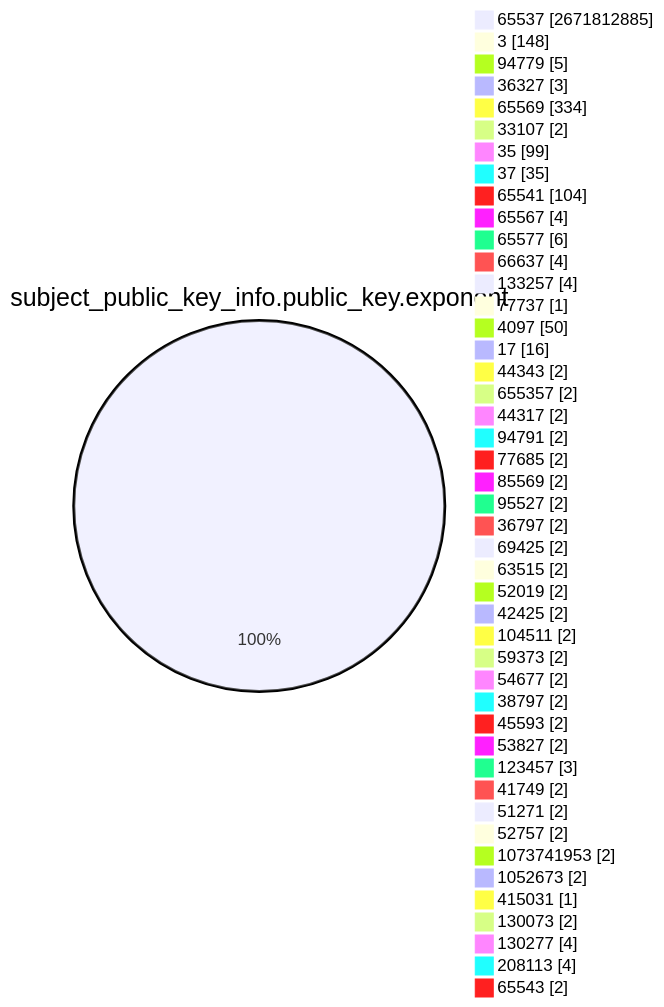
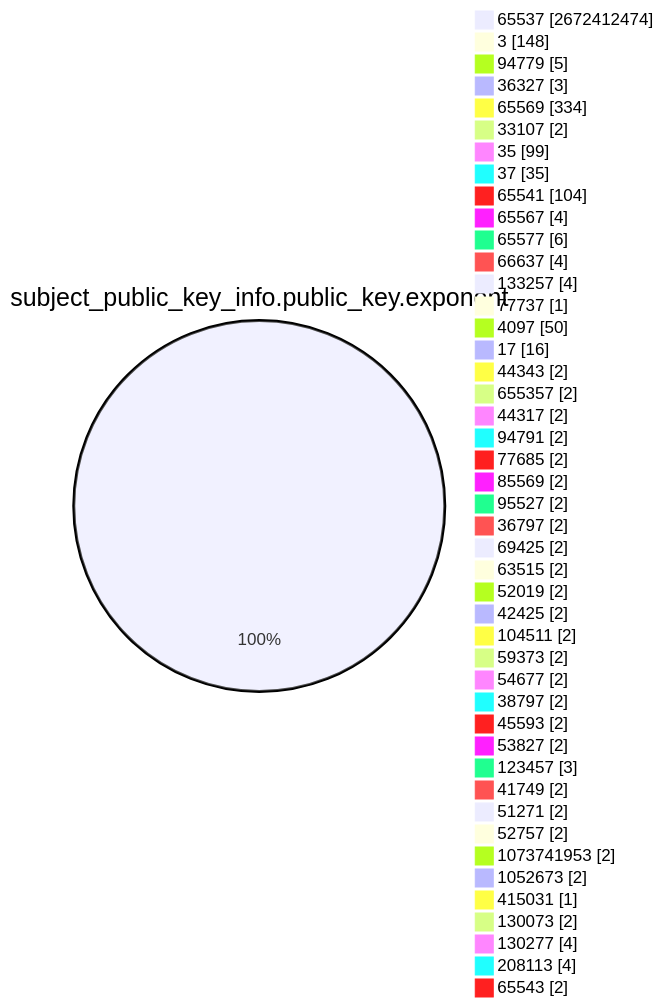
Before and after one commit to christiankrug/ctmonitor_visualization: the fourth of 15 diagrams in TOTAL/README.md, drawn with Mermaid. The commit also changed other lines of this file, not shown here.

````diff
--- a/TOTAL/README.md
+++ b/TOTAL/README.md
@@ -1467,49 +1467,49 @@
 ```mermaid
 pie showData
 title subject_public_key_info.public_key.exponent
-"65537" :2671812885
+"65537" :2672412474
 "3" :148
 "94779" :5
 "36327" :3
 "65569" :334
 "33107" :2
 "35" :99
 "37" :35
 "65541" :104
 "65567" :4
 "65577" :6
 "66637" :4
 "133257" :4
 "77737" :1
 "4097" :50
 "17" :16
 "44343" :2
 "655357" :2
 "44317" :2
 "94791" :2
 "77685" :2
 "85569" :2
 "95527" :2
 "36797" :2
 "69425" :2
 "63515" :2
 "52019" :2
 "42425" :2
 "104511" :2
 "59373" :2
 "54677" :2
 "38797" :2
 "45593" :2
 "53827" :2
 "123457" :3
 "41749" :2
 "51271" :2
 "52757" :2
 "1073741953" :2
 "1052673" :2
 "415031" :1
 "130073" :2
 "130277" :4
 "208113" :4
 "65543" :2
 ```
````
